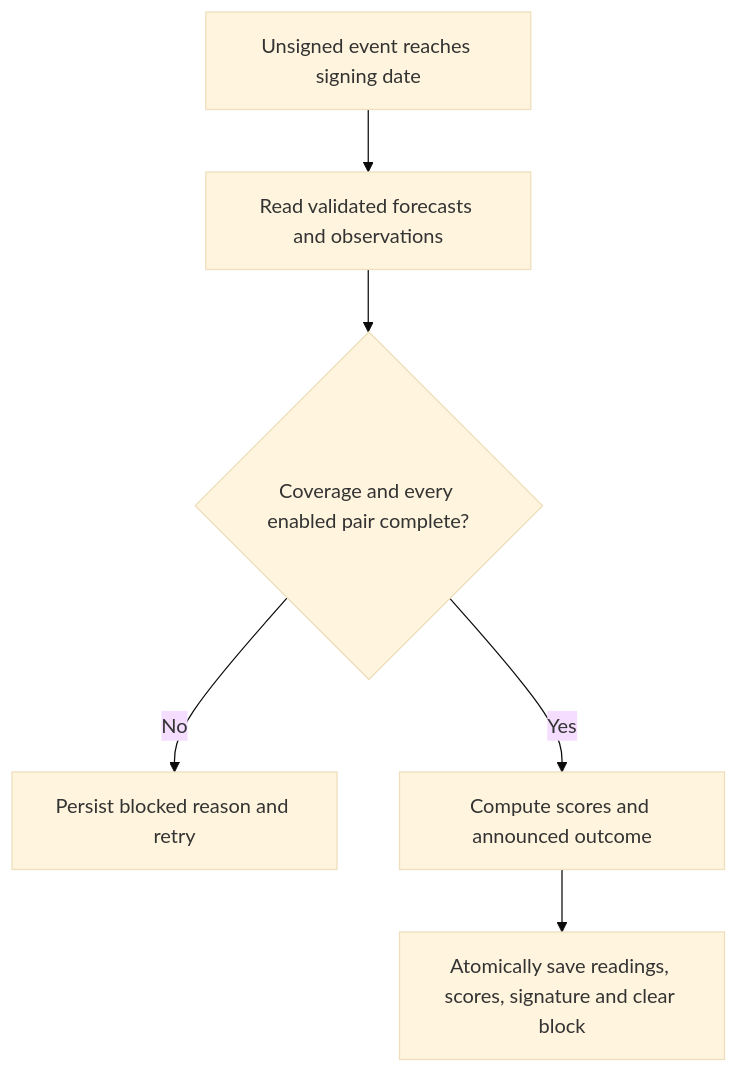
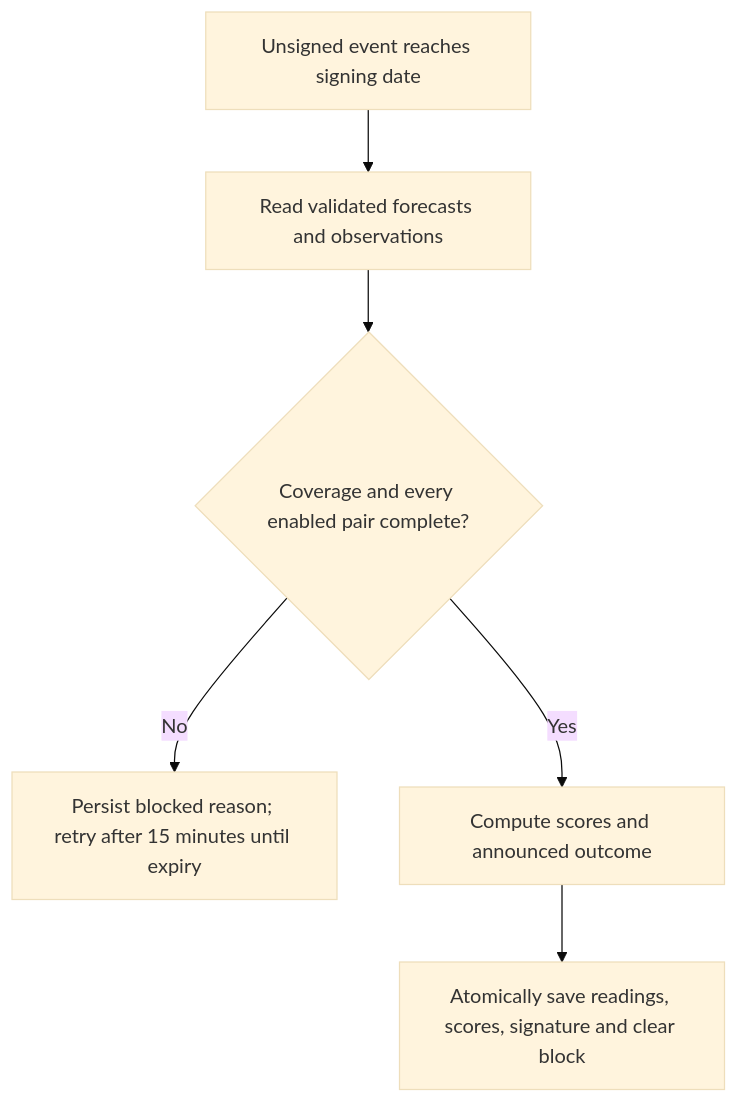
One commit to tee8z/noaa-oracle changed the diagram in docs/settlement-operations.md. Above: the diagram before and after it, drawn with Mermaid (base theme). The commit also changed other lines of this file and 11 other files, not shown here.

````diff
--- a/docs/settlement-operations.md
+++ b/docs/settlement-operations.md
@@ -38,8 +38,8 @@
 ```mermaid
 flowchart TD
   A[Unsigned event reaches signing date] --> B[Read validated forecasts and observations]
   B --> C{Coverage and every enabled pair complete?}
-  C -- No --> D[Persist blocked reason and retry]
+  C -- No --> D[Persist blocked reason; retry after 15 minutes until expiry]
   C -- Yes --> E[Compute scores and announced outcome]
   E --> F[Atomically save readings, scores, signature and clear block]
 ```
````
